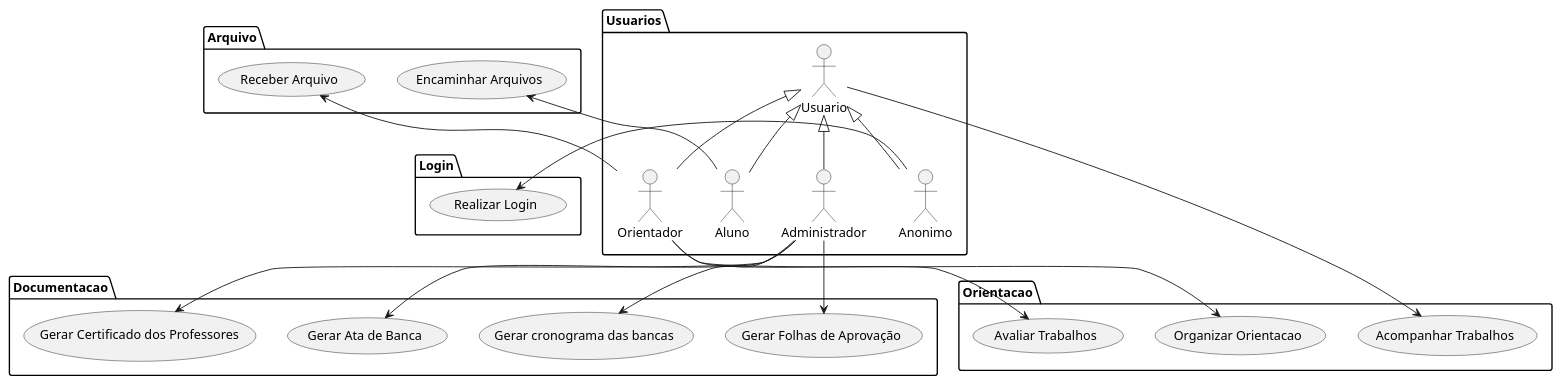
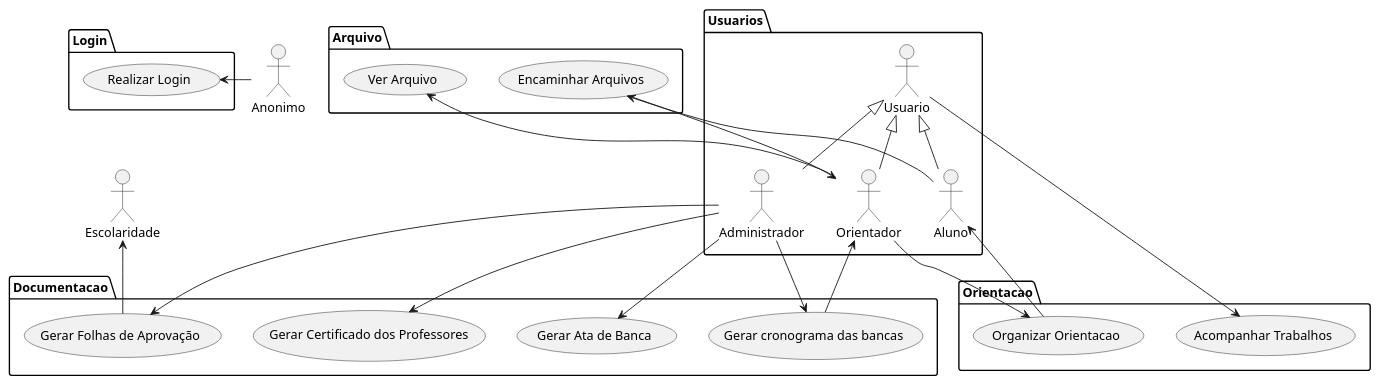
The diagram in reqs.md (ProjetoEngSoftwareTCCs/ProjetoEngSoftware), drawn with PlantUML before and after one commit.

````diff
--- a/reqs.md
+++ b/reqs.md
@@ -20,45 +20,48 @@
 ```plantuml
 @startuml AcompanhamentoTcc
 
 package Login{
     usecase "Realizar Login" as UC1
 }
 package Usuarios{
     actor Usuario as usu
-    actor Anonimo as anon
     actor Administrador as admin
     actor Aluno as aluno
     actor Orientador as ori
 }
+actor Anonimo as anon
 package Orientacao{ 
     usecase "Organizar Orientacao" as UC5
     usecase "Acompanhar Trabalhos" as UC6
-    usecase "Avaliar Trabalhos" as UC7
 }
 package Documentacao{
     usecase "Gerar Ata de Banca" as UC8
     usecase "Gerar Certificado dos Professores" as UC9
     usecase "Gerar Folhas de Aprovação" as UC10
     usecase "Gerar cronograma das bancas" as UC11
 }
 package Arquivo{
     usecase "Encaminhar Arquivos" as UC12
-    usecase "Receber Arquivo" as UC13
+    usecase "Ver Arquivo" as UC13
 }
 
-usu <|-- anon
+actor Escolaridade as esco
+
 usu <|-- admin
 usu <|-- aluno
 usu <|-- ori
 UC1 <- anon
 admin --> UC8
 admin --> UC9
 admin --> UC10
 admin --> UC11
 UC12 <-- aluno
 UC13 <-- ori
 ori --> UC5
-ori --> UC7
+ori <-- UC12
 usu --> UC6
+esco <-- UC10
+aluno <-- UC5
+ori <-- UC11
 @enduml
 ```
````
